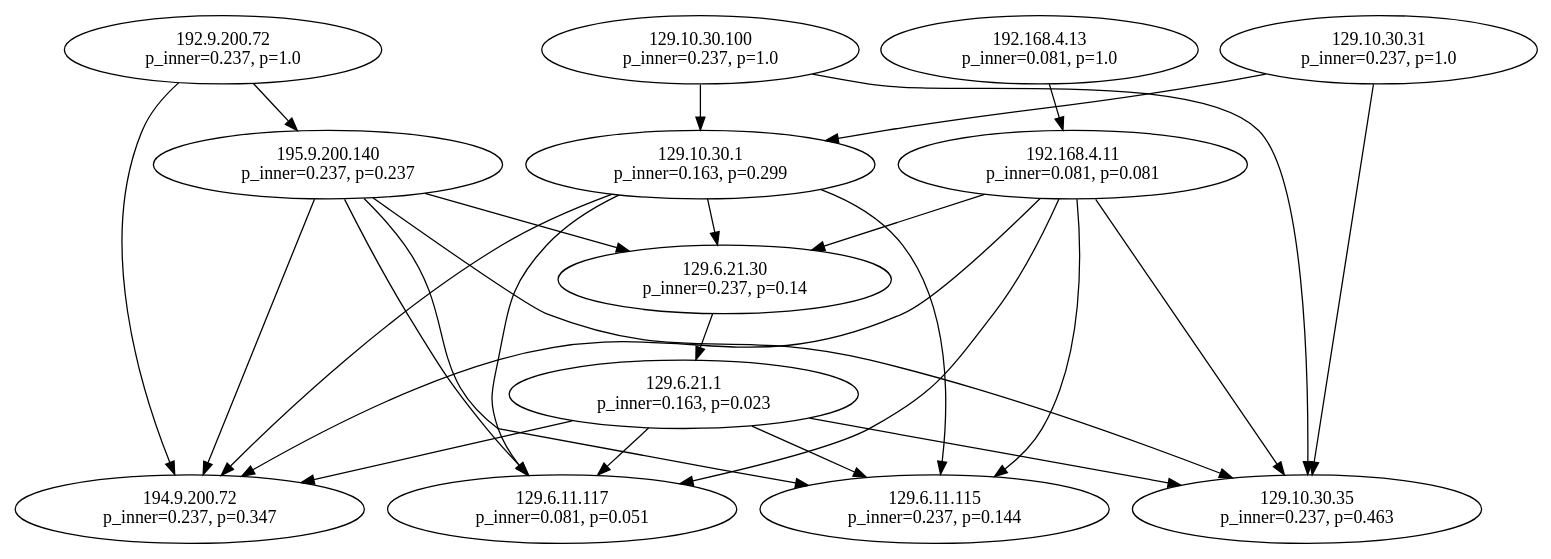
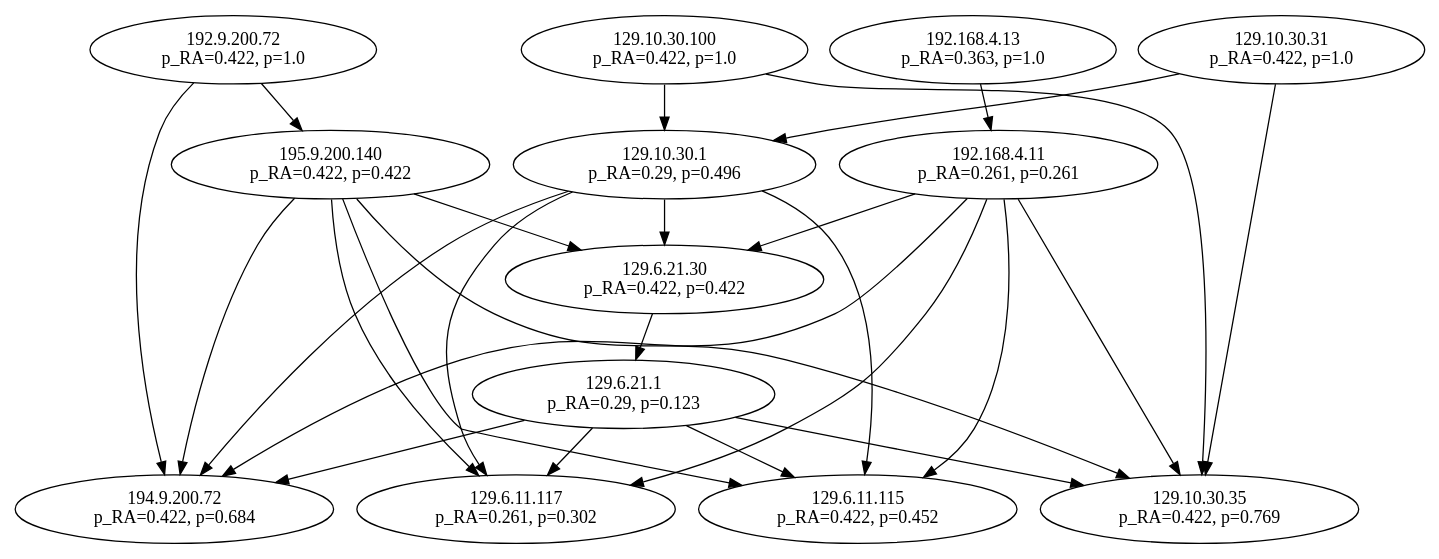
The diagram in cicat/cvss-example/RESULT.dot (WLFJ/CICAT-graph), drawn with Graphviz before and after one commit. The commit also changed 3 other files, not shown here.

```diff
--- a/cicat/cvss-example/RESULT.dot
+++ b/cicat/cvss-example/RESULT.dot
@@ -1,41 +1,41 @@
 digraph G {
-  1 [label="129.10.30.1\np_inner=0.163, p=0.299", shape=ellipse];
-  2 [label="194.9.200.72\np_inner=0.237, p=0.347", shape=ellipse];
-  3 [label="129.6.11.117\np_inner=0.081, p=0.051", shape=ellipse];
-  4 [label="129.6.21.30\np_inner=0.237, p=0.14", shape=ellipse];
-  5 [label="129.6.11.115\np_inner=0.237, p=0.144", shape=ellipse];
-  6 [label="129.10.30.100\np_inner=0.237, p=1.0", shape=ellipse];
-  7 [label="129.10.30.35\np_inner=0.237, p=0.463", shape=ellipse];
-  8 [label="192.168.4.11\np_inner=0.081, p=0.081", shape=ellipse];
-  9 [label="195.9.200.140\np_inner=0.237, p=0.237", shape=ellipse];
-  10 [label="192.9.200.72\np_inner=0.237, p=1.0", shape=ellipse];
-  11 [label="129.6.21.1\np_inner=0.163, p=0.023", shape=ellipse];
-  12 [label="192.168.4.13\np_inner=0.081, p=1.0", shape=ellipse];
-  13 [label="129.10.30.31\np_inner=0.237, p=1.0", shape=ellipse];
-  1 -> 3;
+  1 [label="129.10.30.1\np_RA=0.29, p=0.496", shape=ellipse];
+  2 [label="194.9.200.72\np_RA=0.422, p=0.684", shape=ellipse];
+  3 [label="129.6.11.117\np_RA=0.261, p=0.302", shape=ellipse];
+  4 [label="129.6.21.30\np_RA=0.422, p=0.422", shape=ellipse];
+  5 [label="129.6.11.115\np_RA=0.422, p=0.452", shape=ellipse];
+  6 [label="129.10.30.100\np_RA=0.422, p=1.0", shape=ellipse];
+  7 [label="129.10.30.35\np_RA=0.422, p=0.769", shape=ellipse];
+  8 [label="192.168.4.11\np_RA=0.261, p=0.261", shape=ellipse];
+  9 [label="195.9.200.140\np_RA=0.422, p=0.422", shape=ellipse];
+  10 [label="192.9.200.72\np_RA=0.422, p=1.0", shape=ellipse];
+  11 [label="129.6.21.1\np_RA=0.29, p=0.123", shape=ellipse];
+  12 [label="192.168.4.13\np_RA=0.363, p=1.0", shape=ellipse];
+  13 [label="129.10.30.31\np_RA=0.422, p=1.0", shape=ellipse];
+  9 -> 7;
   10 -> 9;
-  8 -> 7;
-  1 -> 5;
-  11 -> 2;
-  6 -> 1;
   8 -> 3;
   11 -> 3;
-  1 -> 4;
-  11 -> 5;
-  13 -> 1;
-  9 -> 2;
-  9 -> 3;
+  8 -> 5;
+  6 -> 7;
+  11 -> 7;
   12 -> 8;
   4 -> 11;
+  6 -> 1;
+  9 -> 5;
+  9 -> 2;
+  13 -> 7;
   1 -> 2;
+  1 -> 4;
+  13 -> 1;
+  9 -> 3;
+  11 -> 2;
+  8 -> 4;
+  8 -> 7;
   8 -> 2;
-  11 -> 7;
-  13 -> 7;
-  9 -> 7;
-  6 -> 7;
+  1 -> 3;
+  9 -> 4;
+  11 -> 5;
+  1 -> 5;
   10 -> 2;
-  9 -> 4;
-  8 -> 5;
-  8 -> 4;
-  9 -> 5;
 }
```
